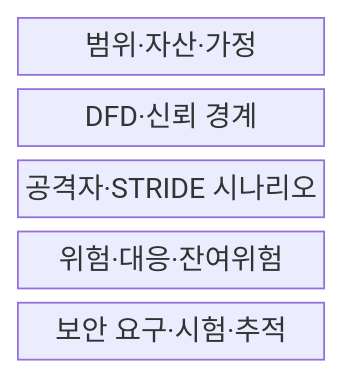
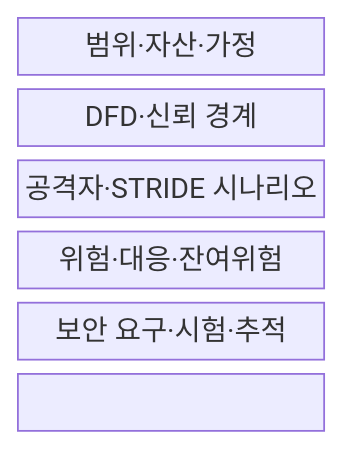
Before and after one commit to agnusdei1207/knowledge-base: the first of 2 diagrams in src/content/docs/notes/05-security/146_threat_modeling_stride.md, drawn with Mermaid. The commit also changed other lines of this file and 151 other files, not shown here.

````diff
--- a/src/content/docs/notes/05-security/146_threat_modeling_stride.md
+++ b/src/content/docs/notes/05-security/146_threat_modeling_stride.md
@@ -58,9 +58,11 @@
 ```mermaid
 block-beta
   columns 1
   S["범위·자산·가정"]
   D["DFD·신뢰 경계"]
   T["공격자·STRIDE 시나리오"]
   R["위험·대응·잔여위험"]
   V["보안 요구·시험·추적"]
+  S --- D --- T
+  T --- R --- V
 ```
````
